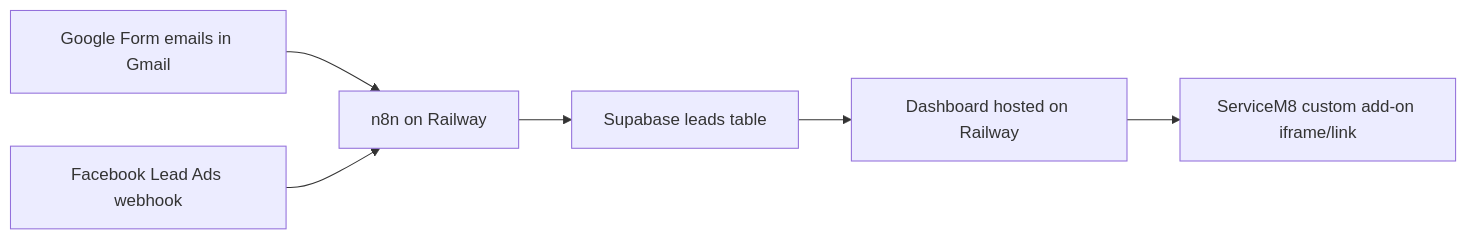
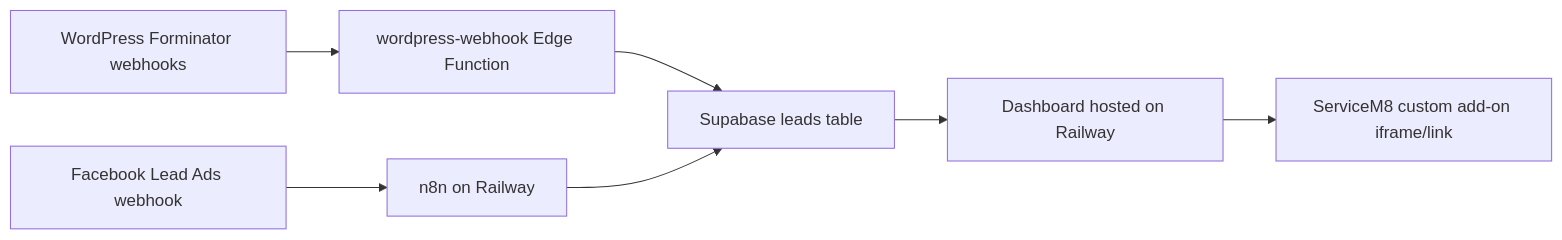
The diagram in README.md (stayconnectedplumbing/LeadDashboard_ServiceM8), drawn with Mermaid before and after one commit. The commit also changed other lines of this file and 44 other files, not shown here.

````diff
--- a/README.md
+++ b/README.md
@@ -14,8 +15,9 @@
 ```mermaid
 flowchart LR
-  A["Google Form emails in Gmail"] --> B["n8n on Railway"]
-  C["Facebook Lead Ads webhook"] --> B
-  B --> D["Supabase leads table"]
+  W["WordPress Forminator webhooks"] --> WH["wordpress-webhook Edge Function"]
+  C["Facebook Lead Ads webhook"] --> N["n8n on Railway"]
+  WH --> D["Supabase leads table"]
+  N --> D
   D --> E["Dashboard hosted on Railway"]
   E --> F["ServiceM8 custom add-on iframe/link"]
 ```
````
